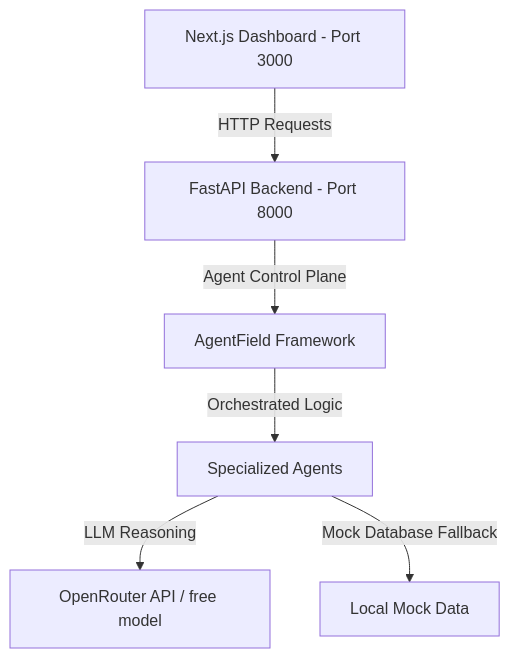
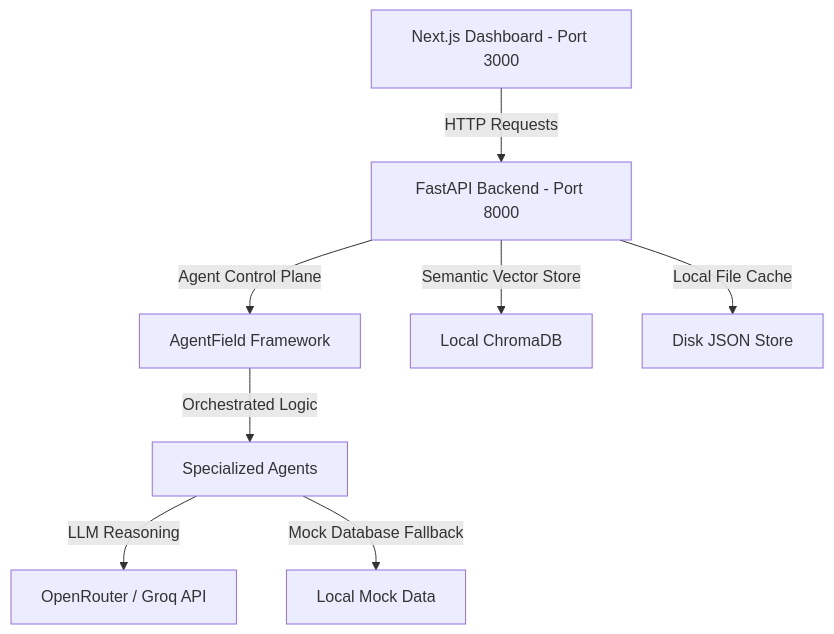
One commit to Satyanshgaur/CommuneOS changed the diagram in readme.md. Above: the diagram before and after it, drawn with Mermaid. The commit also changed other lines of this file, not shown here.

````diff
--- a/readme.md
+++ b/readme.md
@@ -23,8 +22,10 @@
 ```mermaid
 graph TD
     A[Next.js Dashboard - Port 3000] -->|HTTP Requests| B[FastAPI Backend - Port 8000]
     B -->|Agent Control Plane| C[AgentField Framework]
     C -->|Orchestrated Logic| D[Specialized Agents]
-    D -->|LLM Reasoning| E[OpenRouter API / free model]
+    D -->|LLM Reasoning| E[OpenRouter / Groq API]
     D -->|Mock Database Fallback| F[Local Mock Data]
+    B -->|Semantic Vector Store| G[Local ChromaDB]
+    B -->|Local File Cache| H[Disk JSON Store]
 ```
````
